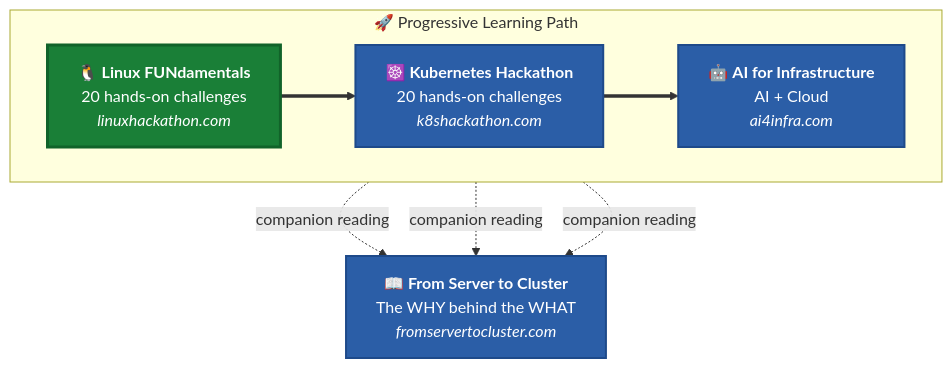
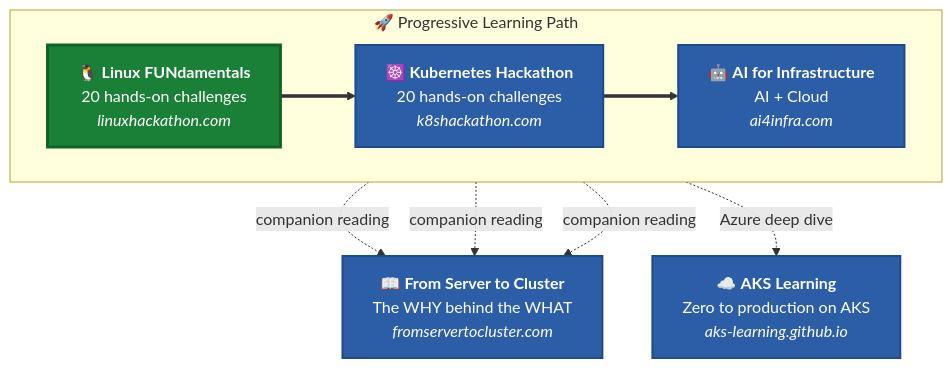
The diagram in README.md (ricmmartins/fasthack-linux), drawn with Mermaid before and after one commit. The commit also changed other lines of this file and 1 other file, not shown here.

Commit message:
Add AKS Learning reference to learning path

````diff
--- a/README.md
+++ b/README.md
@@ -139,24 +141,28 @@
 ```mermaid
 flowchart TB
     subgraph journey["🚀 Progressive Learning Path"]
         direction LR
         A["🐧 <b>Linux FUNdamentals</b><br/>20 hands-on challenges<br/><i>linuxhackathon.com</i>"] ==> B["☸️ <b>Kubernetes Hackathon</b><br/>20 hands-on challenges<br/><i>k8shackathon.com</i>"] ==> C["🤖 <b>AI for Infrastructure</b><br/>AI + Cloud<br/><i>ai4infra.com</i>"]
     end
 
     A -.->|companion reading| D
     B -.->|companion reading| D
     C -.->|companion reading| D
 
+    B -.->|Azure deep dive| E
+
     D["📖 <b>From Server to Cluster</b><br/>The WHY behind the WHAT<br/><i>fromservertocluster.com</i>"]
+    E["☁️ <b>AKS Learning</b><br/>Zero to production on AKS<br/><i>aks-learning.github.io</i>"]
 
     classDef challenge fill:#2b5ea7,stroke:#1e4a8a,color:#fff,stroke-width:2px
     classDef hackathon fill:#1a7f37,stroke:#116329,color:#fff,stroke-width:3px
 
     class A hackathon
-    class B,C,D challenge
+    class B,C,D,E challenge
 
     click A "https://linuxhackathon.com" _blank
     click B "https://k8shackathon.com" _blank
     click C "https://ai4infra.com" _blank
     click D "https://fromservertocluster.com" _blank
+    click E "https://aks-learning.github.io" _blank
 ```
````
